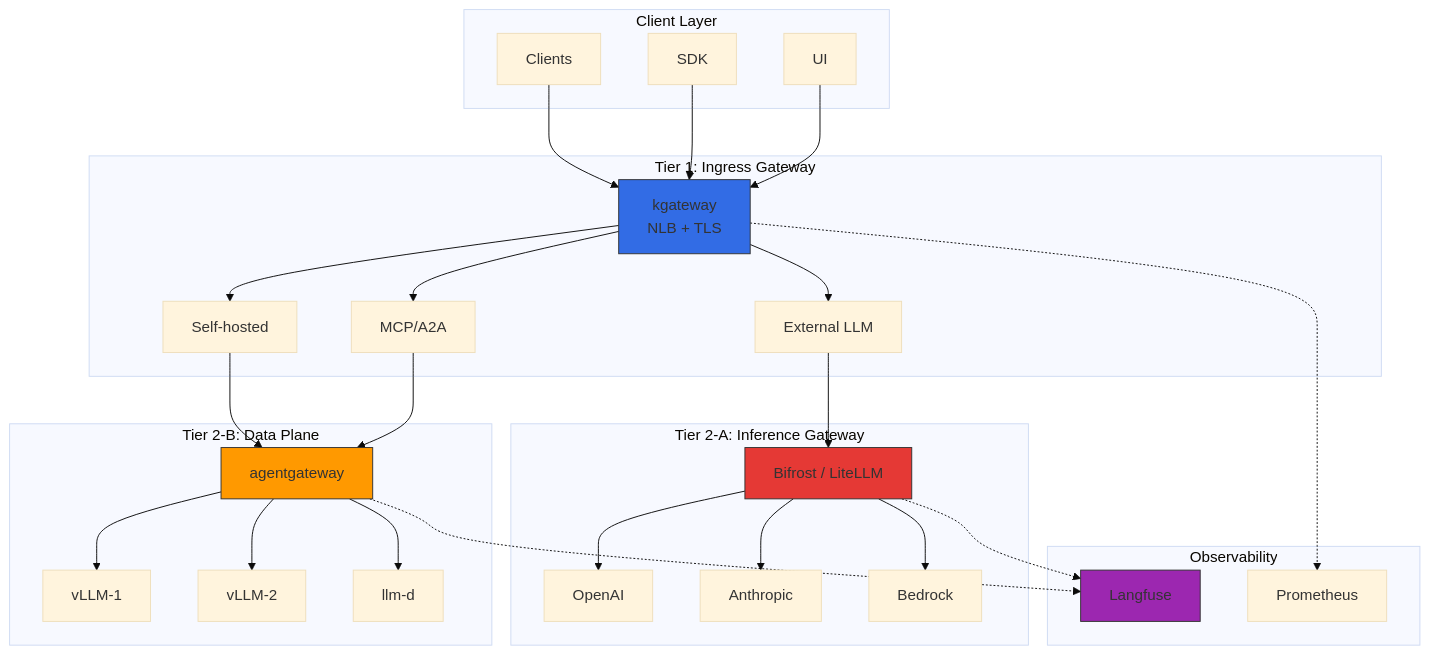
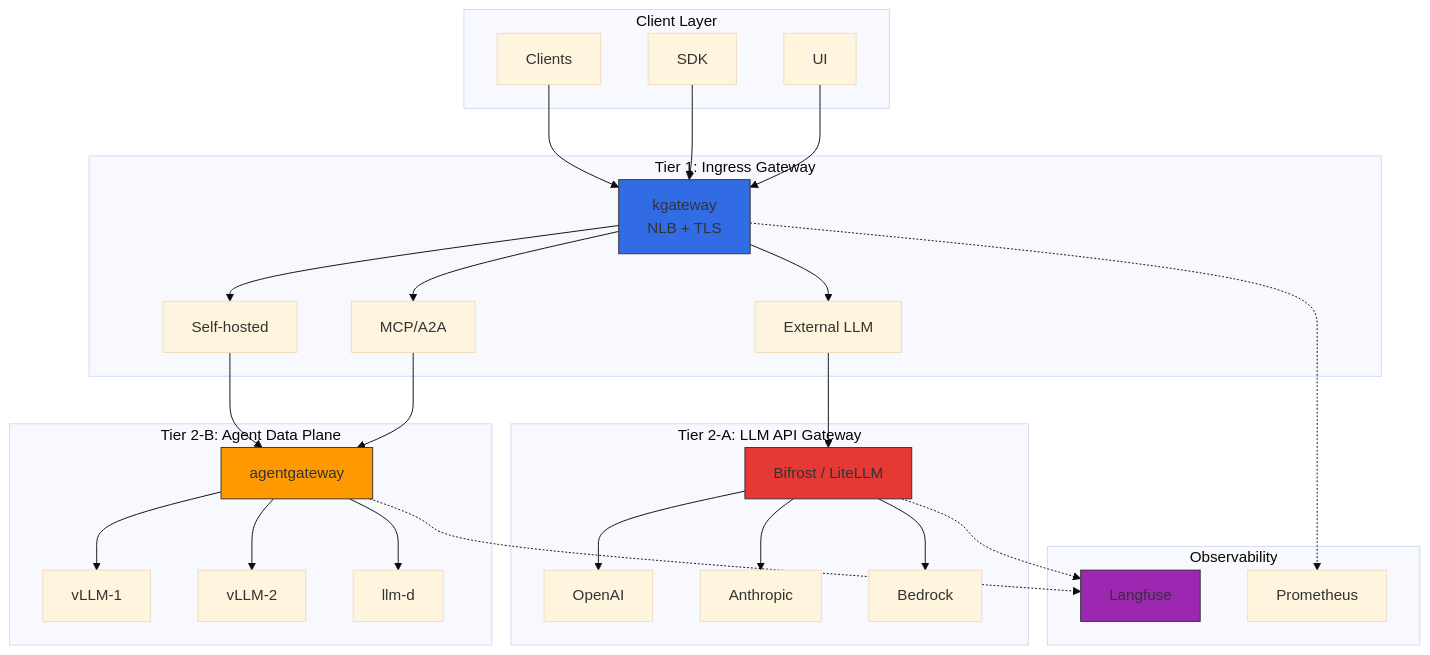
One commit to devfloor9/engineering-playbook changed the second of 6 diagrams in i18n/en/docusaurus-plugin-content-docs/current/agentic-ai-platform/reference-architecture/inference-gateway/routing-strategy.md. Above: the diagram before and after it, drawn with Mermaid (base theme). The commit also changed other lines of this file and 23 other files, not shown here.

First line of the commit message:
docs(gateway): Kong 추가·시각화 개선 + 티어드 게이트웨이 용어 통일 + OpenRouter·hermes-agent 통합

````diff
--- a/i18n/en/docusaurus-plugin-content-docs/current/agentic-ai-platform/reference-architecture/inference-gateway/routing-strategy.md
+++ b/i18n/en/docusaurus-plugin-content-docs/current/agentic-ai-platform/reference-architecture/inference-gateway/routing-strategy.md
@@ -64,53 +70,53 @@
 ```mermaid
 flowchart TB
     subgraph CL["Client Layer"]
         CLIENT[Clients]
         SDK[SDK]
         UI[UI]
     end
 
     subgraph T1["Tier 1: Ingress Gateway"]
         GW1[kgateway<br/>NLB + TLS]
         HR1[External LLM]
         HR2[Self-hosted]
         HR3[MCP/A2A]
     end
 
-    subgraph T2A["Tier 2-A: Inference Gateway"]
+    subgraph T2A["Tier 2-A: LLM API Gateway"]
         BIFROST[Bifrost / LiteLLM]
         OPENAI[OpenAI]
         ANTHROPIC[Anthropic]
         BEDROCK[Bedrock]
     end
 
-    subgraph T2B["Tier 2-B: Data Plane"]
+    subgraph T2B["Tier 2-B: Agent Data Plane"]
         AGENTGW[agentgateway]
         VLLM1[vLLM-1]
         VLLM2[vLLM-2]
         LLMD[llm-d]
     end
 
     subgraph OBS["Observability"]
         LANGFUSE[Langfuse]
         PROM[Prometheus]
     end
 
     CLIENT & SDK & UI --> GW1
     GW1 --> HR1 & HR2 & HR3
 
     HR1 --> BIFROST
     BIFROST --> OPENAI & ANTHROPIC & BEDROCK
 
     HR2 --> AGENTGW
     AGENTGW --> VLLM1 & VLLM2 & LLMD
 
     HR3 --> AGENTGW
 
     BIFROST & AGENTGW -.-> LANGFUSE
     GW1 -.-> PROM
 
     style GW1 fill:#326ce5,stroke:#333
     style BIFROST fill:#e53935,stroke:#333
     style AGENTGW fill:#ff9900,stroke:#333
     style LANGFUSE fill:#9c27b0,stroke:#333
 ```
````
